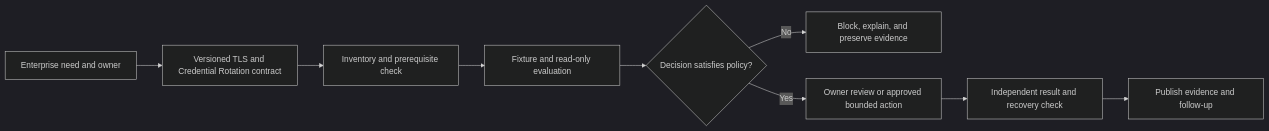
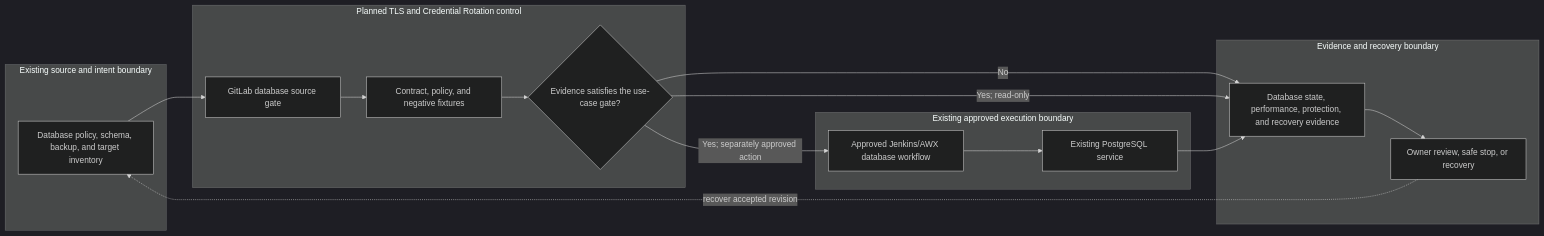
The diagram in docs/use-cases/database/UC-DB-012-tls-and-credential-rotation.md (MIDHTECH/enterprise-architecture-docs), drawn with Mermaid (dark theme) before and after one commit. The commit also changed other lines of this file and 227 other files, not shown here.

Commit message:
Deepen architecture for all use case designs

````diff
--- a/docs/use-cases/database/UC-DB-012-tls-and-credential-rotation.md
+++ b/docs/use-cases/database/UC-DB-012-tls-and-credential-rotation.md
@@ -136,11 +129,25 @@
 ```mermaid
 flowchart LR
-    Need["Enterprise need and owner"] --> Contract["Versioned TLS and Credential Rotation contract"]
-    Contract --> Preflight["Inventory and prerequisite check"]
-    Preflight --> Evaluate["Fixture and read-only evaluation"]
-    Evaluate --> Decision{"Decision satisfies policy?"}
-    Decision -->|No| Stop["Block, explain, and preserve evidence"]
-    Decision -->|Yes| Review["Owner review or approved bounded action"]
-    Review --> Verify["Independent result and recovery check"]
-    Verify --> Publish["Publish evidence and follow-up"]
+    subgraph Source["Existing source and intent boundary"]
+        A["Database policy, schema, backup, and target inventory"]
+    end
+    subgraph Planned["Planned TLS and Credential Rotation control"]
+        B["GitLab database source gate"]
+        C["Contract, policy, and negative fixtures"]
+        D{"Evidence satisfies the use-case gate?"}
+    end
+    subgraph Runtime["Existing approved execution boundary"]
+        E["Approved Jenkins/AWX database workflow"]
+        F["Existing PostgreSQL service"]
+    end
+    subgraph Assurance["Evidence and recovery boundary"]
+        G["Database state, performance, protection, and recovery evidence"]
+        H["Owner review, safe stop, or recovery"]
+    end
+
+    A --> B --> C --> D
+    D -->|No| G --> H
+    D -->|Yes; read-only| G
+    D -->|Yes; separately approved action| E --> F --> G
+    H -. recover accepted revision .-> A
 ```
````
